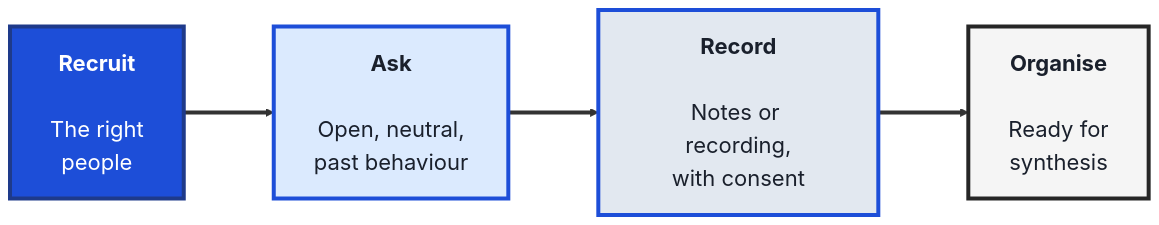
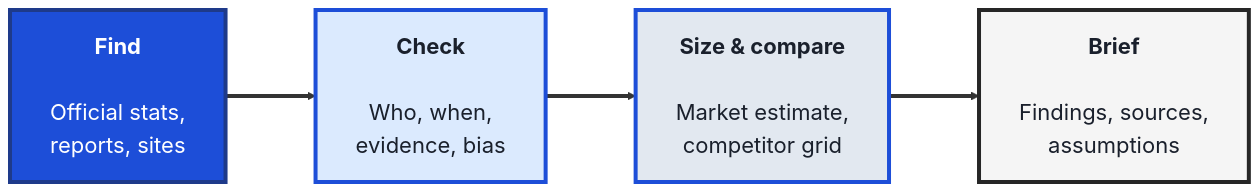
Before and after one commit to SHEMODELTECH/shemodeltech: the second of 3 diagrams in src/Pages/courses/TechLeads/module-5-research-for-tech-teams.md, drawn with Mermaid. The commit also changed other lines of this file and 7 other files, not shown here.

````diff
--- a/src/Pages/courses/TechLeads/module-5-research-for-tech-teams.md
+++ b/src/Pages/courses/TechLeads/module-5-research-for-tech-teams.md
@@ -92,16 +135,16 @@
 ```mermaid
 %%{init: {'theme':'base', 'themeVariables': {'fontSize':'22px', 'primaryTextColor':'#1a202c', 'primaryBorderColor':'#1d4ed8', 'lineColor':'#333333'}, 'flowchart': {'nodeSpacing': 70, 'rankSpacing': 90, 'padding': 20}}}%%
 flowchart LR
-    RECRUIT["<b>Recruit</b><br/><br/>The right<br/>people"]
-    ASK["<b>Ask</b><br/><br/>Open, neutral,<br/>past behaviour"]
-    RECORD["<b>Record</b><br/><br/>Notes or recording,<br/>with consent"]
-    ORG["<b>Organise</b><br/><br/>Ready for<br/>synthesis"]
+    FIND["<b>Find</b><br/><br/>Official stats,<br/>reports, sites"]
+    CHECK["<b>Check</b><br/><br/>Who, when,<br/>evidence, bias"]
+    SIZE["<b>Size & compare</b><br/><br/>Market estimate,<br/>competitor grid"]
+    BRIEF["<b>Brief</b><br/><br/>Findings, sources,<br/>assumptions"]
 
-    RECRUIT ==> ASK ==> RECORD ==> ORG
+    FIND ==> CHECK ==> SIZE ==> BRIEF
 
-    style RECRUIT fill:#1d4ed8,color:#fff,stroke:#1e3a8a,stroke-width:4px
-    style ASK fill:#dbeafe,color:#1a202c,stroke:#1d4ed8,stroke-width:4px
-    style RECORD fill:#e2e8f0,color:#1a202c,stroke:#1d4ed8,stroke-width:4px
-    style ORG fill:#F5F5F5,color:#1a202c,stroke:#262626,stroke-width:4px
+    style FIND fill:#1d4ed8,color:#fff,stroke:#1e3a8a,stroke-width:4px
+    style CHECK fill:#dbeafe,color:#1a202c,stroke:#1d4ed8,stroke-width:4px
+    style SIZE fill:#e2e8f0,color:#1a202c,stroke:#1d4ed8,stroke-width:4px
+    style BRIEF fill:#F5F5F5,color:#1a202c,stroke:#262626,stroke-width:4px
     linkStyle default stroke-width:4px,stroke:#333333
 ```
````
